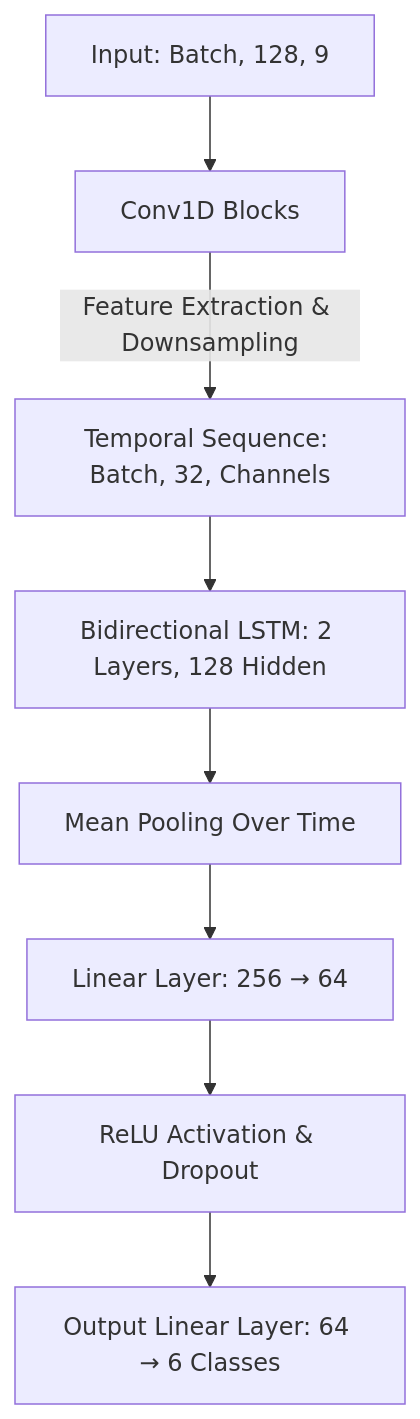
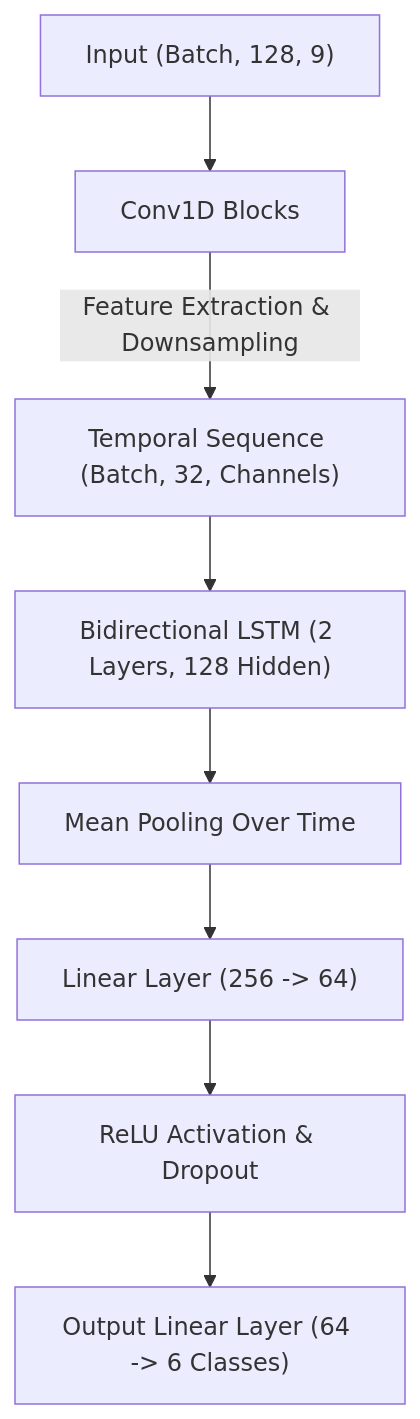
One commit to maroofiums/HAR-Activity-Recognition changed the diagram in README.md. Above: the diagram before and after it, drawn with Mermaid.

Commit message:
Update diagram labels in README.md for clarity

````diff
--- a/README.md
+++ b/README.md
@@ -76,11 +76,11 @@
 ```mermaid
 graph TD
-    A[Input: Batch, 128, 9] --> B[Conv1D Blocks]
-    B -->|Feature Extraction & Downsampling| C[Temporal Sequence: Batch, 32, Channels]
-    C --> D[Bidirectional LSTM: 2 Layers, 128 Hidden]
+    A["Input (Batch, 128, 9)"] --> B[Conv1D Blocks]
+    B -->|Feature Extraction & Downsampling| C["Temporal Sequence (Batch, 32, Channels)"]
+    C --> D["Bidirectional LSTM (2 Layers, 128 Hidden)"]
     D --> E[Mean Pooling Over Time]
-    E --> F[Linear Layer: 256 → 64]
+    E --> F["Linear Layer (256 -> 64)"]
     F --> G[ReLU Activation & Dropout]
-    G --> H[Output Linear Layer: 64 → 6 Classes]
+    G --> H["Output Linear Layer (64 -> 6 Classes)"]
 
 ```
````
